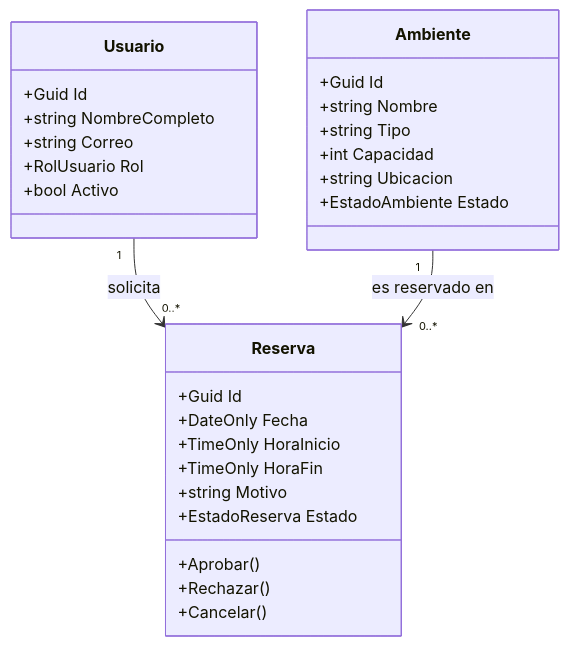
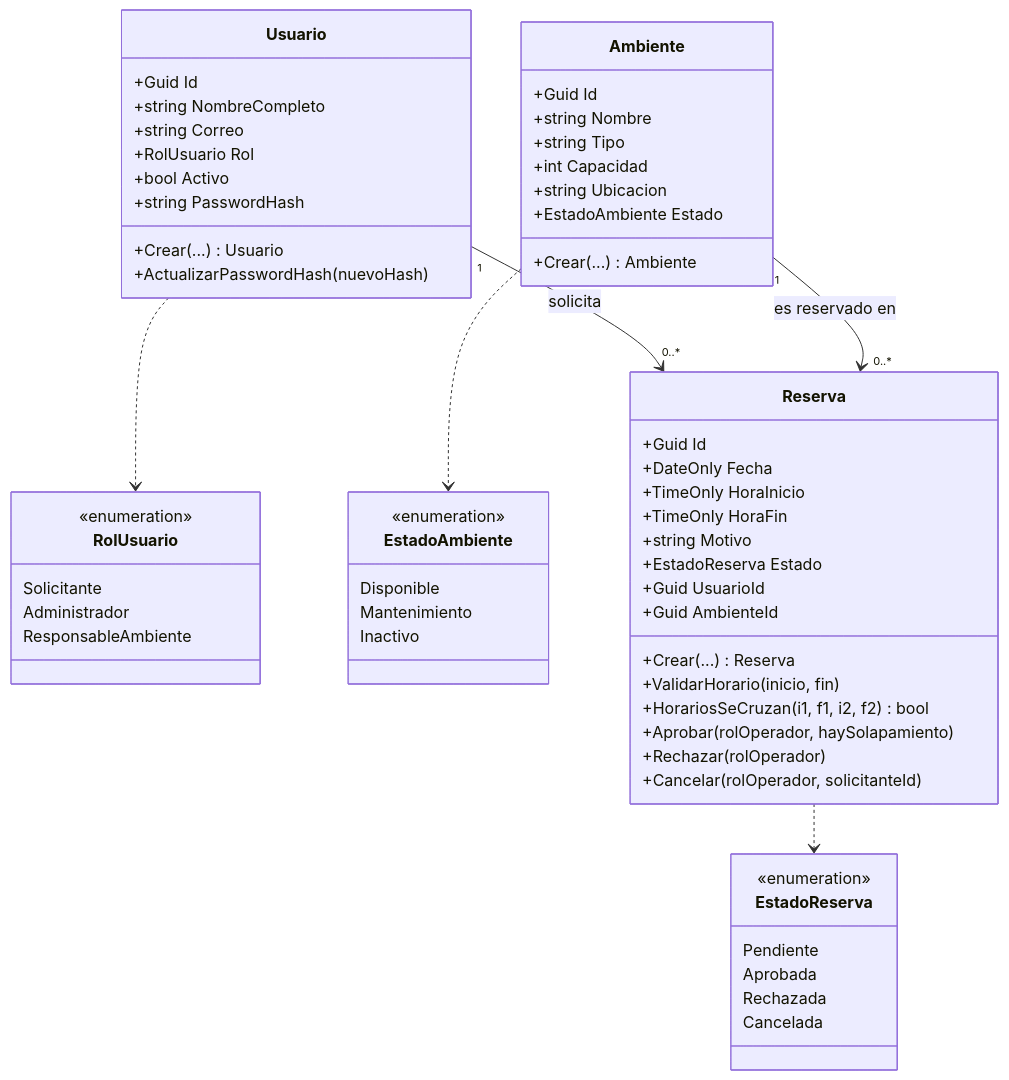
The second of 5 diagrams in docs/S01_ANALISIS.md (Kody2003/ReservaUPLA), drawn with Mermaid before and after one commit. The commit also changed other lines of this file and 4 other files, not shown here.

````diff
--- a/docs/S01_ANALISIS.md
+++ b/docs/S01_ANALISIS.md
@@ -61,31 +122,68 @@
 ```mermaid
 classDiagram
+    class RolUsuario {
+        <<enumeration>>
+        Solicitante
+        Administrador
+        ResponsableAmbiente
+    }
+
+    class EstadoAmbiente {
+        <<enumeration>>
+        Disponible
+        Mantenimiento
+        Inactivo
+    }
+
+    class EstadoReserva {
+        <<enumeration>>
+        Pendiente
+        Aprobada
+        Rechazada
+        Cancelada
+    }
+
     class Usuario {
         +Guid Id
         +string NombreCompleto
         +string Correo
         +RolUsuario Rol
         +bool Activo
+        +string PasswordHash
+        +Crear(...) Usuario
+        +ActualizarPasswordHash(nuevoHash)
     }
+
     class Ambiente {
         +Guid Id
         +string Nombre
         +string Tipo
         +int Capacidad
         +string Ubicacion
         +EstadoAmbiente Estado
+        +Crear(...) Ambiente
     }
+
     class Reserva {
         +Guid Id
         +DateOnly Fecha
         +TimeOnly HoraInicio
         +TimeOnly HoraFin
         +string Motivo
         +EstadoReserva Estado
-        +Aprobar()
-        +Rechazar()
-        +Cancelar()
+        +Guid UsuarioId
+        +Guid AmbienteId
+        +Crear(...) Reserva
+        +ValidarHorario(inicio, fin)
+        +HorariosSeCruzan(i1, f1, i2, f2) bool
+        +Aprobar(rolOperador, haySolapamiento)
+        +Rechazar(rolOperador)
+        +Cancelar(rolOperador, solicitanteId)
     }
+
     Usuario "1" --> "0..*" Reserva : solicita
     Ambiente "1" --> "0..*" Reserva : es reservado en
+    Usuario ..> RolUsuario
+    Ambiente ..> EstadoAmbiente
+    Reserva ..> EstadoReserva
 ```
````
